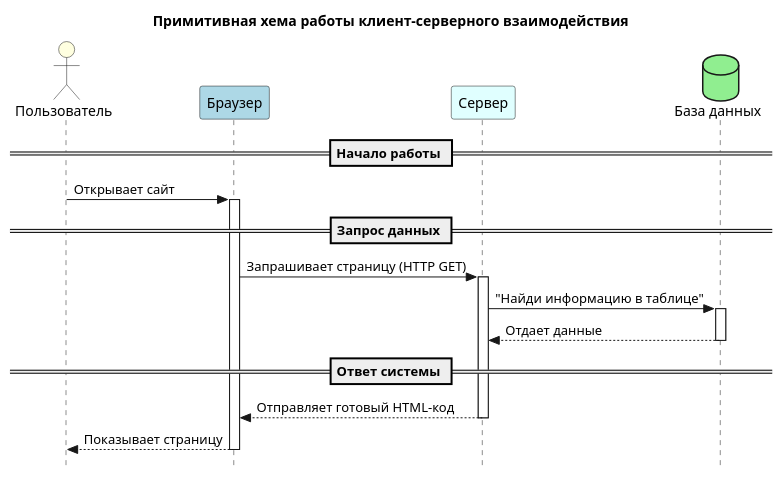
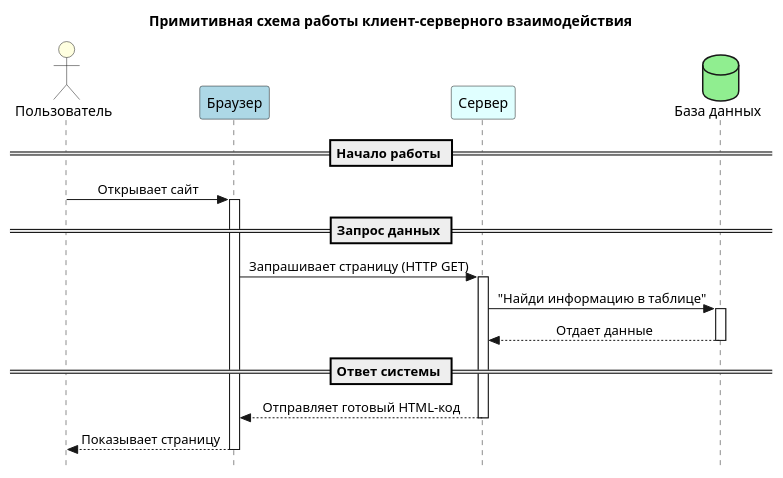
The diagram in hw1/client_server_sequence.puml (KornilovIgor/sa), drawn with PlantUML before and after one commit.

Commit message:
fix: Correct typo and enable center alignment in diagram.

```diff
--- a/hw1/client_server_sequence.puml
+++ b/hw1/client_server_sequence.puml
@@ -1,32 +1,32 @@
 @startuml client_server_sequence
 skinparam Style strictuml
-' skinparam sequenceMessageAlign center
+skinparam sequenceMessageAlign center
 
-title Примитивная хема работы клиент-серверного взаимодействия
+title Примитивная схема работы клиент-серверного взаимодействия
 
 actor "Пользователь" as User #LightYellow
 participant "Браузер" as Browser #LightBlue
 participant "Сервер" as Server #LightCyan
 database "База данных" as DB #LightGreen
 
 == Начало работы ==
 User -> Browser: Открывает сайт
 activate Browser
 
 == Запрос данных ==
 Browser -> Server: Запрашивает страницу (HTTP GET)
 activate Server
 
 Server -> DB: "Найди информацию в таблице"
 activate DB
 DB --> Server: Отдает данные
 deactivate DB
 
 == Ответ системы ==
 Server --> Browser: Отправляет готовый HTML-код
 deactivate Server
 
 Browser --> User: Показывает страницу
 deactivate Browser
 
 @enduml
```
